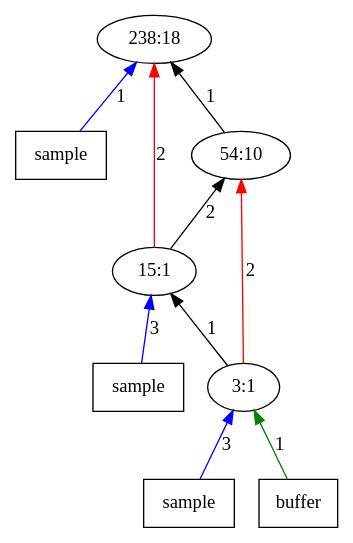
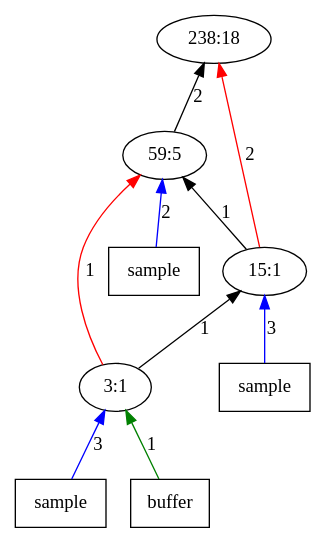
One commit to AbhikKhan/MTP_IITG changed the diagram in outputTrees/op18.dot. Above: the diagram before and after it, drawn with Graphviz. The commit also changed 680 other files, not shown here.

```diff
--- a/outputTrees/op18.dot
+++ b/outputTrees/op18.dot
@@ -1,20 +1,20 @@
 digraph Tree{
 	rankdir="BT"
-	x11 -> 1 [label = "1", color = "blue"];
-	x11 [label = "sample", shape = "box"];
 	1 [label = "238:18"];
-	2 -> 1 [label = "1", color = "black"];
-	2 [label = "54:10"];
+	2 -> 1 [label = "2", color = "black"];
+	x21 -> 2 [label = "2", color = "blue"];
+	x21 [label = "sample", shape = "box"];
+	2 [label = "59:5"];
 	3 -> 1 [label = "2", color = "red"];
-	3 -> 2 [label = "2", color = "black"];
+	3 -> 2 [label = "1", color = "black"];
 	x31 -> 3 [label = "3", color = "blue"];
 	x31 [label = "sample", shape = "box"];
 	3 [label = "15:1"];
+	4 -> 2 [label = "1", color = "red"];
 	4 -> 3 [label = "1", color = "black"];
-	4 -> 2 [label = "2", color = "red"];
 	x41 -> 4 [label = "3", color = "blue"];
 	x41 [label = "sample", shape = "box"];
 	x42 -> 4 [label = "1", color = "green"];
 	x42 [label = "buffer", shape = "box"];
 	4 [label = "3:1"];
 }
```
